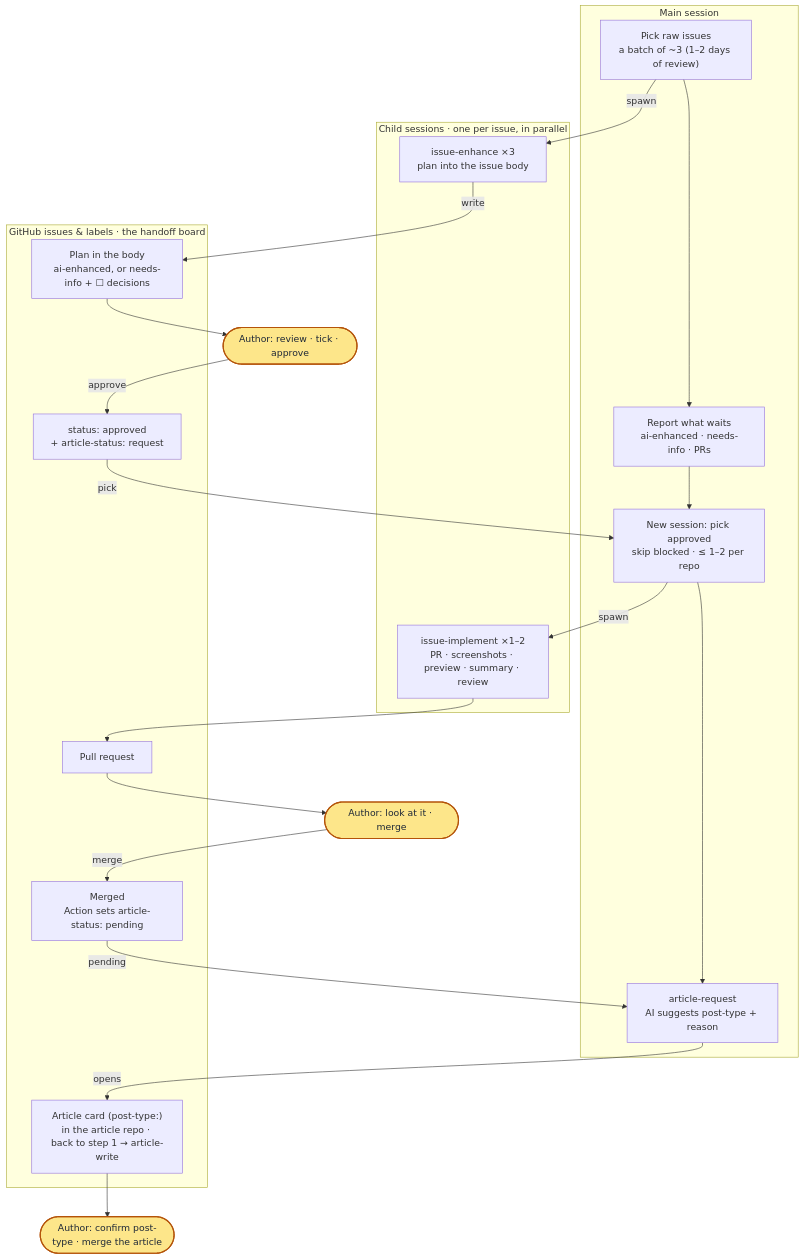
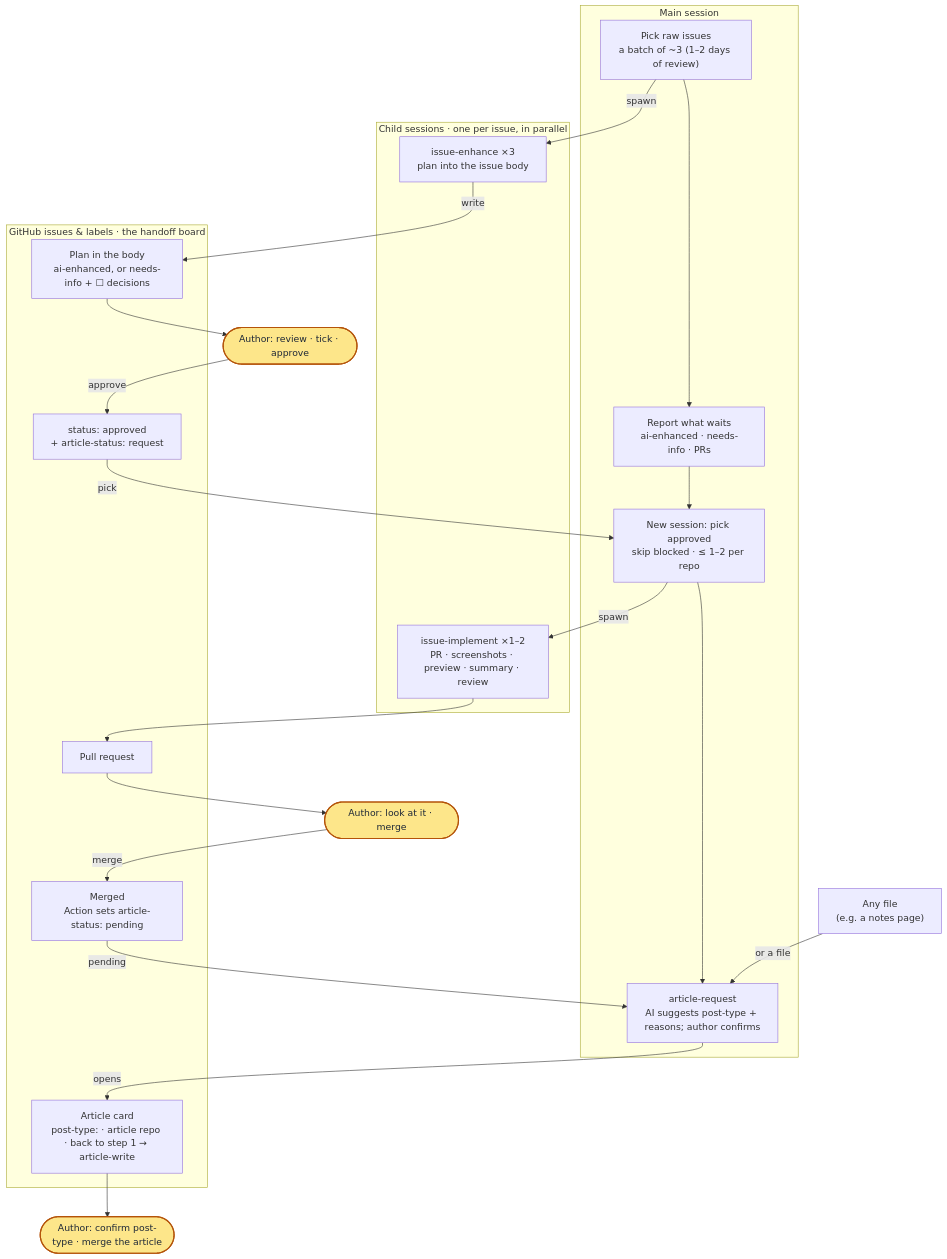
One commit to sean2249/skills changed the second of 2 diagrams in README.md. Above: the diagram before and after it, drawn with Mermaid. The commit also changed 4 other files, not shown here.

First line of the commit message:
article-request suggests the post type with reasons; fix operating diagram

````diff
--- a/README.md
+++ b/README.md
@@ -120,34 +120,35 @@
 ```mermaid
 flowchart TD
   subgraph MAIN["Main session"]
     M1["Pick raw issues<br/>a batch of ~3 (1–2 days of review)"]
     M2["Report what waits<br/>ai-enhanced · needs-info · PRs"]
     M3["New session: pick approved<br/>skip blocked · ≤ 1–2 per repo"]
-    M5["article-request<br/>AI suggests post-type + reason"]
+    M5["article-request<br/>AI suggests post-type + reasons; author confirms"]
   end
   subgraph CHILD["Child sessions · one per issue, in parallel"]
     C1["issue-enhance ×3<br/>plan into the issue body"]
     C3["issue-implement ×1–2<br/>PR · screenshots · preview · summary · review"]
   end
   subgraph BOARD["GitHub issues & labels · the handoff board"]
     B1["Plan in the body<br/>ai-enhanced, or needs-info + ☐ decisions"]
     B2["status: approved<br/>+ article-status: request"]
     B3["Pull request"]
     B4["Merged<br/>Action sets article-status: pending"]
-    B5["Article card (post-type:)<br/>in the article repo · back to step 1 → article-write"]
+    B5["Article card<br/>post-type: · article repo · back to step 1 → article-write"]
   end
   A2(["Author: review · tick · approve"]):::author
   A4(["Author: look at it · merge"]):::author
   A5(["Author: confirm post-type · merge the article"]):::author
 
   M1 --> M2 --> M3 --> M5
   M1 -->|spawn| C1 -->|write| B1
   B1 --> A2 -->|approve| B2
   B2 -->|pick| M3
   M3 -->|spawn| C3 --> B3
   B3 --> A4 -->|merge| B4
   B4 -->|pending| M5
+  X["Any file<br/>(e.g. a notes page)"] -->|or a file| M5
   M5 -->|opens| B5 --> A5
 
   classDef author fill:#fde68a,stroke:#b45309,color:#1f2937,stroke-width:2px
 ```
````
